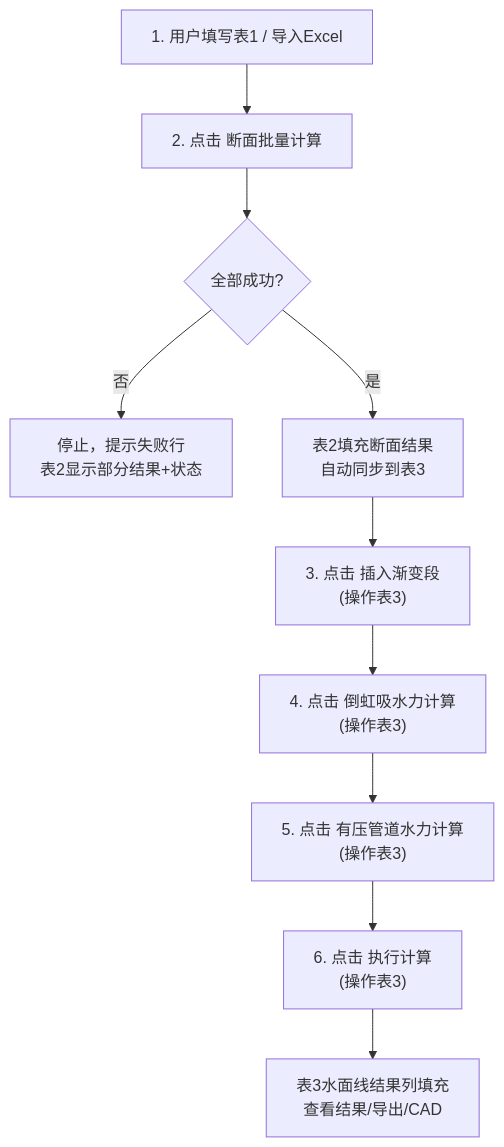
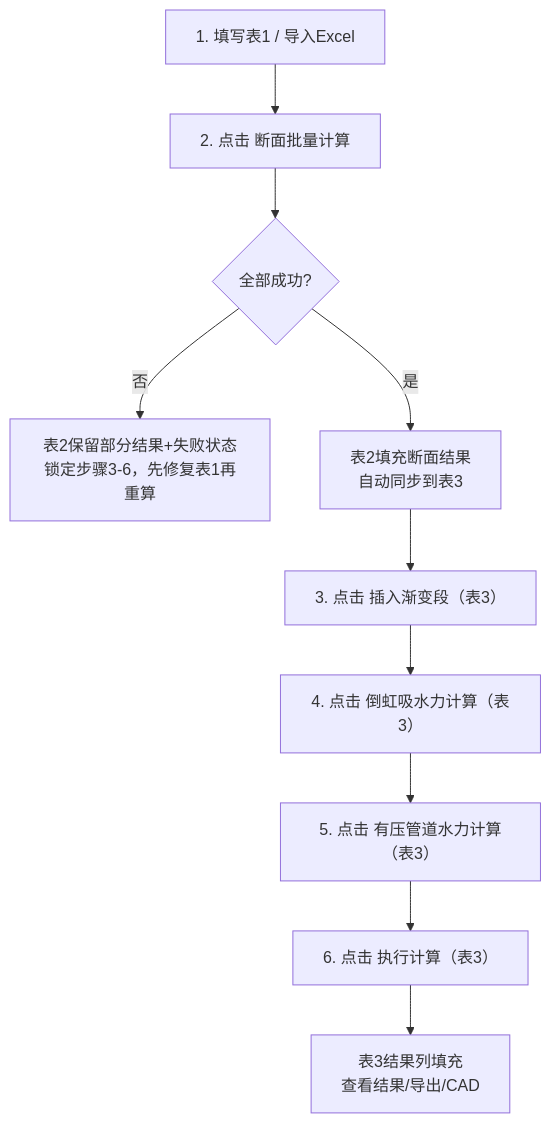
Before and after one commit to lsj19940827-eng/V1.0: the third of 3 diagrams in docs/PRD_合并批量计算与水面线面板.md, drawn with Mermaid. The commit also changed other lines of this file and 56 other files, not shown here.

````diff
--- a/docs/PRD_合并批量计算与水面线面板.md
+++ b/docs/PRD_合并批量计算与水面线面板.md
@@ -35,12 +54,12 @@
 ```mermaid
 flowchart TD
-    A["1. 用户填写表1 / 导入Excel"] --> B["2. 点击 断面批量计算"]
+    A["1. 填写表1 / 导入Excel"] --> B["2. 点击 断面批量计算"]
     B --> C{"全部成功?"}
-    C -->|否| D["停止，提示失败行\n表2显示部分结果+状态"]
+    C -->|否| D["表2保留部分结果+失败状态\n锁定步骤3-6，先修复表1再重算"]
     C -->|是| E["表2填充断面结果\n自动同步到表3"]
-    E --> F["3. 点击 插入渐变段\n(操作表3)"]
-    F --> G["4. 点击 倒虹吸水力计算\n(操作表3)"]
-    G --> H["5. 点击 有压管道水力计算\n(操作表3)"]
-    H --> I["6. 点击 执行计算\n(操作表3)"]
-    I --> J["表3水面线结果列填充\n查看结果/导出/CAD"]
+    E --> F["3. 点击 插入渐变段（表3）"]
+    F --> G["4. 点击 倒虹吸水力计算（表3）"]
+    G --> H["5. 点击 有压管道水力计算（表3）"]
+    H --> I["6. 点击 执行计算（表3）"]
+    I --> J["表3结果列填充\n查看结果/导出/CAD"]
 ```
````
